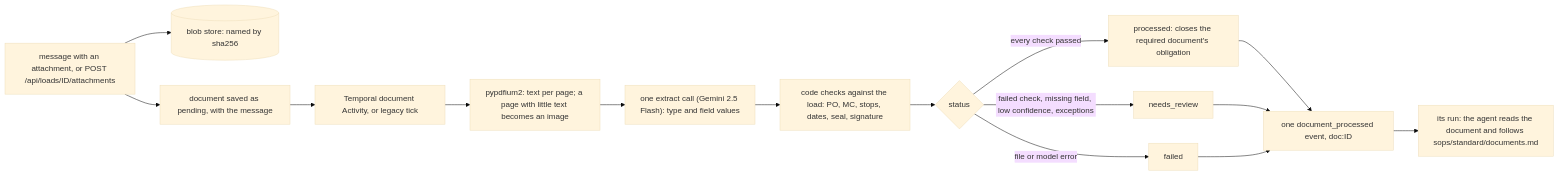
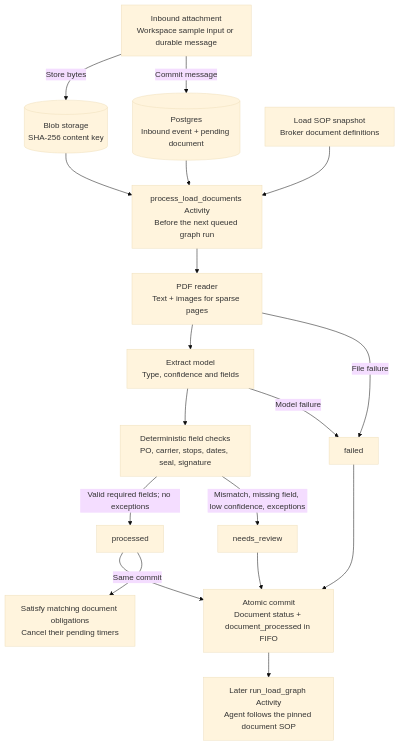
The ninth of 14 diagrams in docs/architecture.md (pedrocwb/freight-hero-assessment), drawn with Mermaid (base theme) before and after one commit. The commit also changed other lines of this file and 1 other file, not shown here.

Commit message:
docs: redraw architecture diagrams for durable broker operations

````diff
--- a/docs/architecture.md
+++ b/docs/architecture.md
@@ -357,17 +417,23 @@
 ```mermaid
-flowchart LR
-  upload["message with an attachment, or POST /api/loads/ID/attachments"] --> blob[("blob store: named by sha256")]
-  upload --> pending["document saved as pending, with the message"]
-  pending --> tick["Temporal document Activity, or legacy tick"]
-  tick --> pages["pypdfium2: text per page; a page with little text becomes an image"]
-  pages --> extract["one extract call (Gemini 2.5 Flash): type and field values"]
-  extract --> checks["code checks against the load: PO, MC, stops, dates, seal, signature"]
-  checks --> status{"status"}
-  status -- "every check passed" --> processed["processed: closes the required document's obligation"]
-  status -- "failed check, missing field, low confidence, exceptions" --> review["needs_review"]
-  status -- "file or model error" --> failed["failed"]
-  processed --> event["one document_processed event, doc:ID"]
-  review --> event
-  failed --> event
-  event --> run["its run: the agent reads the document and follows sops/standard/documents.md"]
+flowchart TB
+  input["Inbound attachment<br/>Workspace sample input or durable message"]
+  blob[("Blob storage<br/>SHA-256 content key")]
+  pending[("Postgres<br/>Inbound event + pending document")]
+  input -->|Store bytes| blob
+  input -->|Commit message| pending
+  pending --> activity["process_load_documents Activity<br/>Before the next queued graph run"]
+  blob --> activity
+  catalog["Load SOP snapshot<br/>Broker document definitions"] --> activity
+  activity --> pages["PDF reader<br/>Text + images for sparse pages"]
+  pages --> extract["Extract model<br/>Type, confidence and fields"]
+  extract --> checks["Deterministic field checks<br/>PO, carrier, stops, dates, seal, signature"]
+  checks -->|Valid required fields; no exceptions| clean["processed"]
+  checks -->|Mismatch, missing field, low confidence, exceptions| review["needs_review"]
+  pages -->|File failure| failed["failed"]
+  extract -->|Model failure| failed
+  clean --> commit["Atomic commit<br/>Document status + document_processed in FIFO"]
+  review --> commit
+  failed --> commit
+  clean -->|Same commit| close["Satisfy matching document obligations<br/>Cancel their pending timers"]
+  commit --> runGraph["Later run_load_graph Activity<br/>Agent follows the pinned document SOP"]
 ```
````
